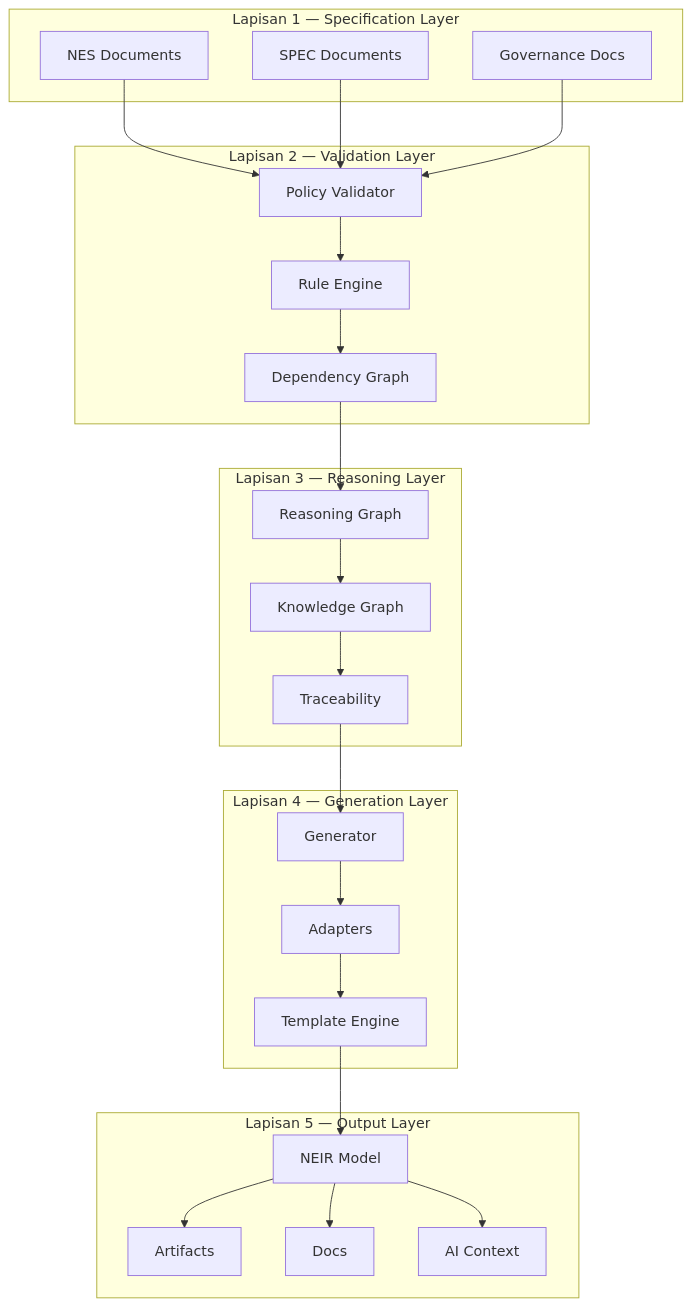
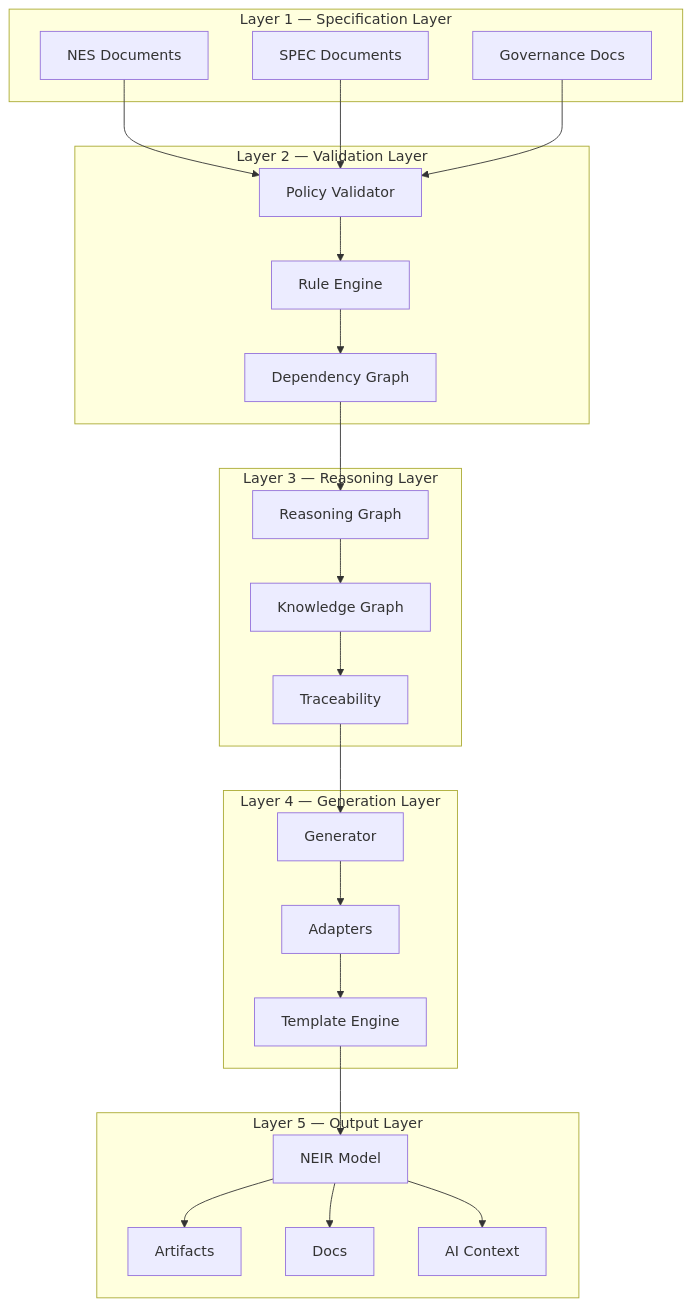
One commit to NAEOS-foundation/naeos changed the third of 7 diagrams in WHITEPAPER.md. Above: the diagram before and after it, drawn with Mermaid. The commit also changed other lines of this file, not shown here.

````diff
--- a/WHITEPAPER.md
+++ b/WHITEPAPER.md
@@ -113,49 +113,49 @@
 ```mermaid
 graph TB
-    subgraph L1["Lapisan 5 — Output Layer"]
+    subgraph L1["Layer 5 — Output Layer"]
         NEIR[NEIR Model]
         ART[Artifacts]
         DOCS[Docs]
         AICX[AI Context]
     end
 
-    subgraph L2["Lapisan 4 — Generation Layer"]
+    subgraph L2["Layer 4 — Generation Layer"]
         GEN[Generator]
         ADP[Adapters]
         TPL[Template Engine]
     end
 
-    subgraph L3["Lapisan 3 — Reasoning Layer"]
+    subgraph L3["Layer 3 — Reasoning Layer"]
         RG[Reasoning Graph]
         KG[Knowledge Graph]
         TR[Traceability]
     end
 
-    subgraph L4["Lapisan 2 — Validation Layer"]
+    subgraph L4["Layer 2 — Validation Layer"]
         PV[Policy Validator]
         RE[Rule Engine]
         DG[Dependency Graph]
     end
 
-    subgraph L5["Lapisan 1 — Specification Layer"]
+    subgraph L5["Layer 1 — Specification Layer"]
         NES[NES Documents]
         SPEC[SPEC Documents]
         GOV[Governance Docs]
     end
 
     NES --> PV
     SPEC --> PV
     GOV --> PV
     PV --> RE
     RE --> DG
     DG --> RG
     RG --> KG
     KG --> TR
     TR --> GEN
     GEN --> ADP
     ADP --> TPL
     TPL --> NEIR
     NEIR --> ART
     NEIR --> DOCS
     NEIR --> AICX
 ```
````
